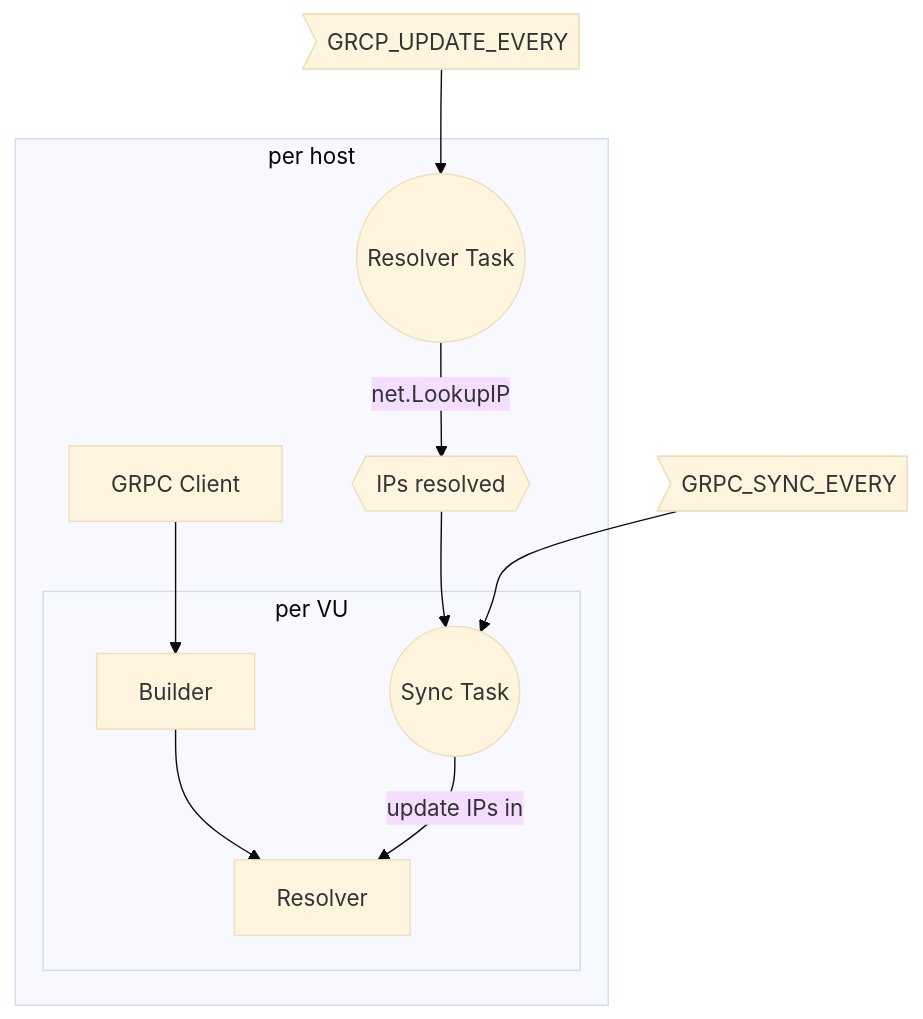
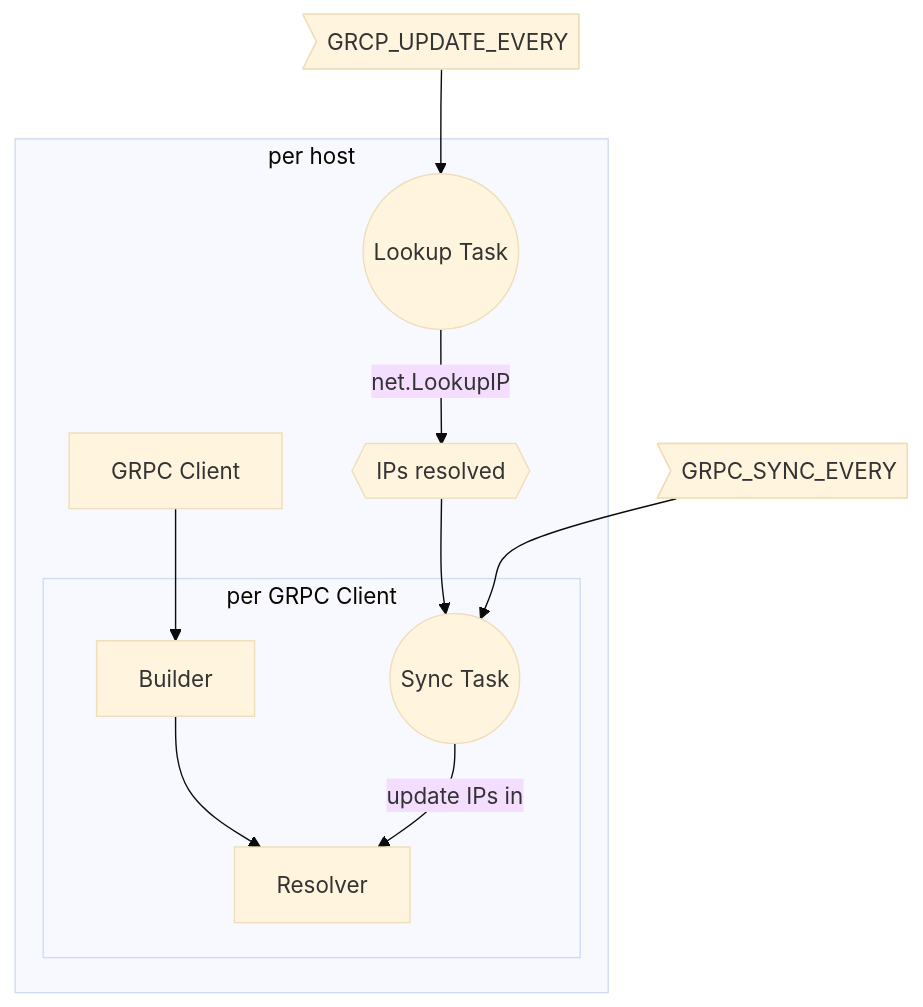
The diagram in README.md (InditexTech/xk6-grpcresolver), drawn with Mermaid (base theme) before and after one commit. The commit also changed other lines of this file and 10 other files, not shown here.

````diff
--- a/README.md
+++ b/README.md
@@ -72,24 +72,24 @@
 ```mermaid
 flowchart TB
 grpcClient["GRPC Client"]
 hostIPs{{"IPs resolved"}}
-resolverTask(("Resolver Task"))
+lookupTask(("Lookup Task"))
 settingUpdateEvery>"GRCP_UPDATE_EVERY"]
 settingSyncEvery>"GRPC_SYNC_EVERY"]
 
-settingUpdateEvery --> resolverTask
+settingUpdateEvery --> lookupTask
 settingSyncEvery --> syncTask
 
 subgraph "per host"
     grpcClient --> builder --> resolver
     syncTask -- "update IPs in" --> resolver
     hostIPs --> syncTask
-    resolverTask -- "net.LookupIP" --> hostIPs
+    lookupTask -- "net.LookupIP" --> hostIPs
 
-    subgraph "per VU"
+    subgraph "per GRPC Client"
         builder["Builder"]
         resolver["Resolver"]
         syncTask(("Sync Task"))
     end
 end
 ```
````
